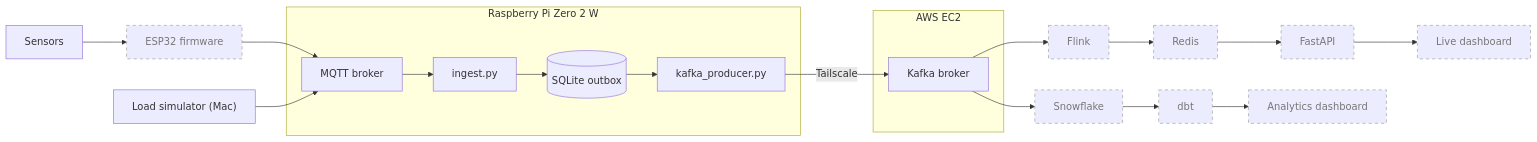
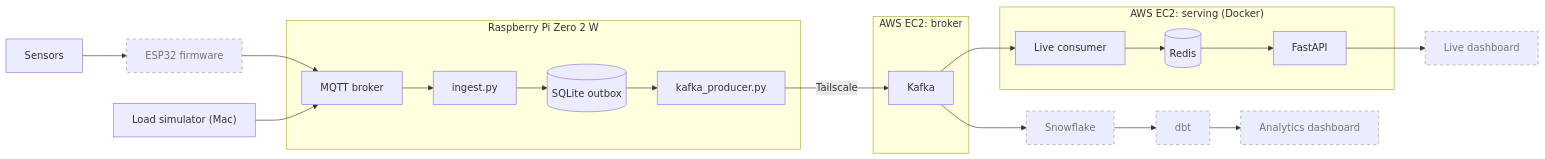
Before and after one commit to 0GregoryJ/greenhouse-iot-streaming-pipeline: the diagram in README.md, drawn with Mermaid. The commit also changed other lines of this file and 12 other files, not shown here.

````diff
--- a/README.md
+++ b/README.md
@@ -28,25 +29,31 @@
 ```mermaid
 flowchart LR
   sensors[Sensors] --> esp["ESP32 firmware"]
   sim["Load simulator (Mac)"]
 
   subgraph pi["Raspberry Pi Zero 2 W"]
     mqtt[MQTT broker] --> ingest[ingest.py]
     ingest --> outbox[("SQLite outbox")]
     outbox --> producer[kafka_producer.py]
   end
 
-  subgraph ec2["AWS EC2"]
-    kafka["Kafka broker"]
+  subgraph ec2a["AWS EC2: broker"]
+    kafka["Kafka"]
+  end
+
+  subgraph ec2b["AWS EC2: serving (Docker)"]
+    consumer[Live consumer] --> redis[("Redis")]
+    redis --> api[FastAPI]
   end
 
   esp --> mqtt
   sim --> mqtt
   producer -->|Tailscale| kafka
+  kafka --> consumer
+  api --> live[Live dashboard]
 
-  kafka --> flink[Flink] --> redis[Redis] --> api[FastAPI] --> live[Live dashboard]
   kafka --> snow[Snowflake] --> dbt[dbt] --> history[Analytics dashboard]
 
   classDef tbd stroke-dasharray: 5 5,color:#777,stroke:#999;
-  class esp,flink,redis,api,live,snow,dbt,history tbd;
+  class esp,live,snow,dbt,history tbd;
 ```
````
